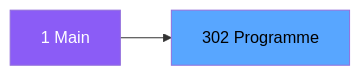
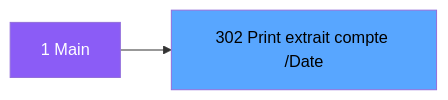
One commit to thonyAGP/magic-migration changed the second of 3 diagrams in .openspec/specs/ADH-IDE-302.md. Above: the diagram before and after it, drawn with Mermaid. The commit also changed other lines of this file and 323 other files, not shown here.

````diff
--- a/.openspec/specs/ADH-IDE-302.md
+++ b/.openspec/specs/ADH-IDE-302.md
@@ -102,8 +116,8 @@
 ```mermaid
 graph LR
     M[1 Main]
-    T[302 Programme]
+    T[302 Print extrait compte /Date]
     M --> T
     style M fill:#8b5cf6,color:#fff
     style T fill:#58a6ff,color:#000
 ```
````
